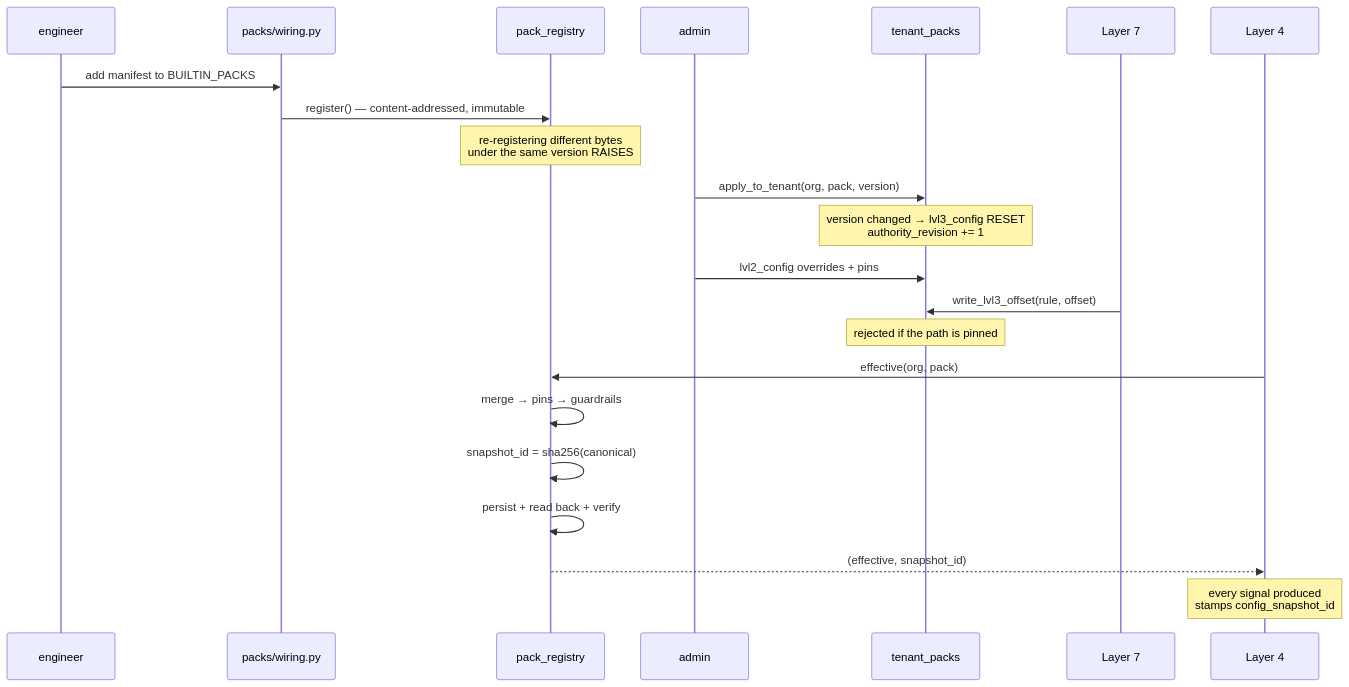
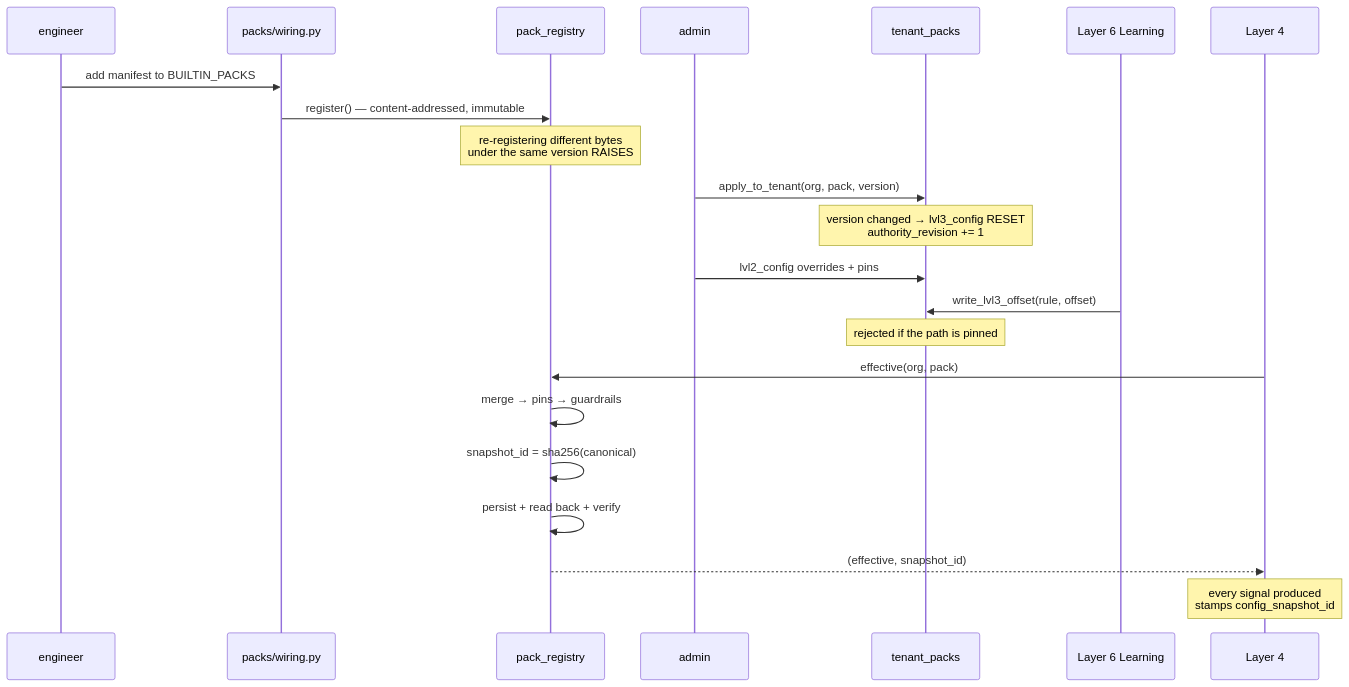
One commit to themoronss/genios-brain changed the second of 4 diagrams in System Design/Layer-3-Domain-Expertise/00-Overview.md. Above: the diagram before and after it, drawn with Mermaid. The commit also changed other lines of this file and 316 other files, not shown here.

````diff
--- a/System Design/Layer-3-Domain-Expertise/00-Overview.md
+++ b/System Design/Layer-3-Domain-Expertise/00-Overview.md
@@ -116,28 +116,28 @@
 ```mermaid
 sequenceDiagram
     participant E as engineer
     participant W as packs/wiring.py
     participant R as pack_registry
     participant A as admin
     participant T as tenant_packs
-    participant L7 as Layer 7
+    participant LEARN6 as Layer 6 Learning
     participant L4 as Layer 4
 
     E->>W: add manifest to BUILTIN_PACKS
     W->>R: register() — content-addressed, immutable
     Note over R: re-registering different bytes<br/>under the same version RAISES
 
     A->>T: apply_to_tenant(org, pack, version)
     Note over T: version changed → lvl3_config RESET<br/>authority_revision += 1
 
     A->>T: lvl2_config overrides + pins
-    L7->>T: write_lvl3_offset(rule, offset)
+    LEARN6->>T: write_lvl3_offset(rule, offset)
     Note over T: rejected if the path is pinned
 
     L4->>R: effective(org, pack)
     R->>R: merge → pins → guardrails
     R->>R: snapshot_id = sha256(canonical)
     R->>R: persist + read back + verify
     R-->>L4: (effective, snapshot_id)
     Note over L4: every signal produced<br/>stamps config_snapshot_id
 ```
````
